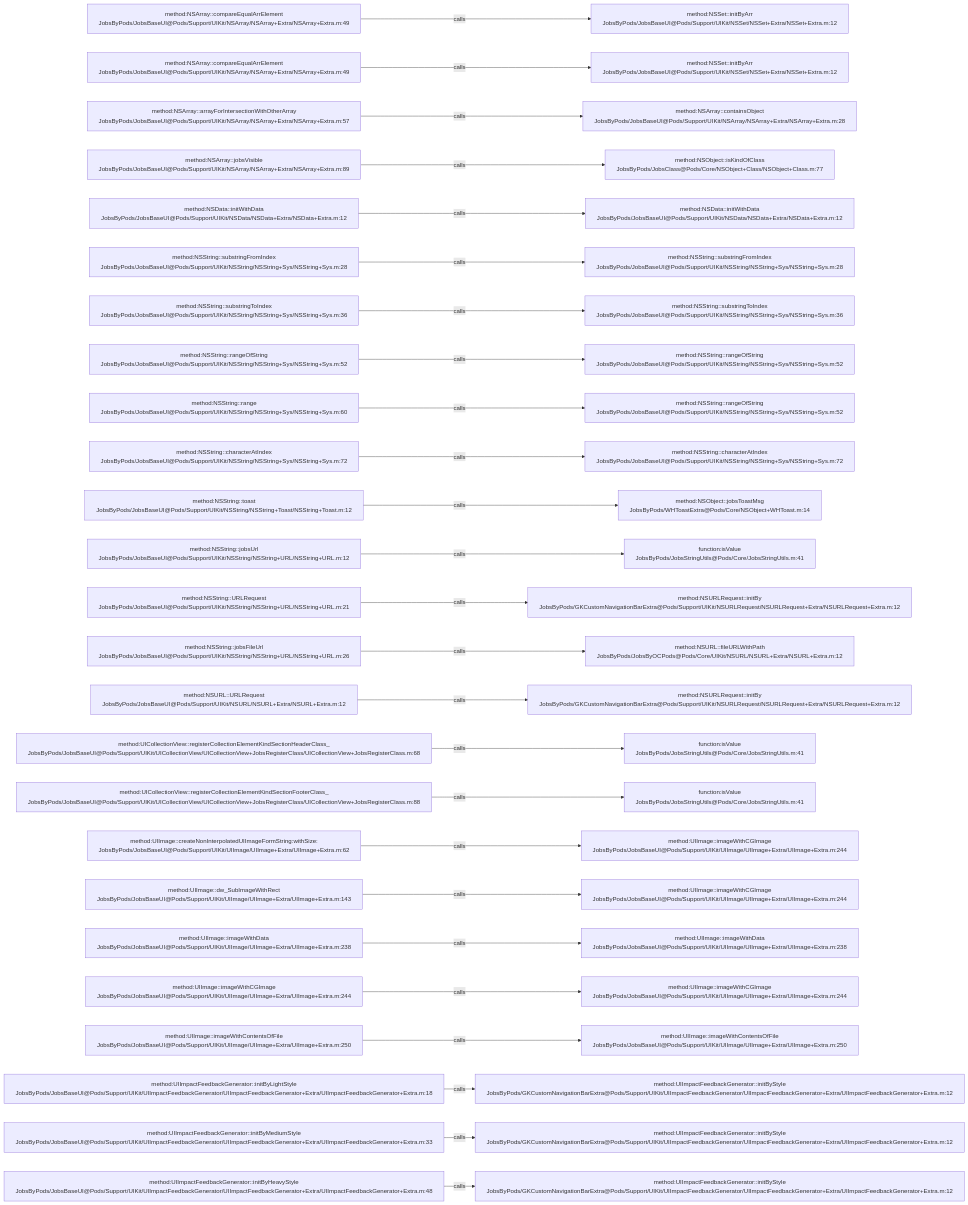
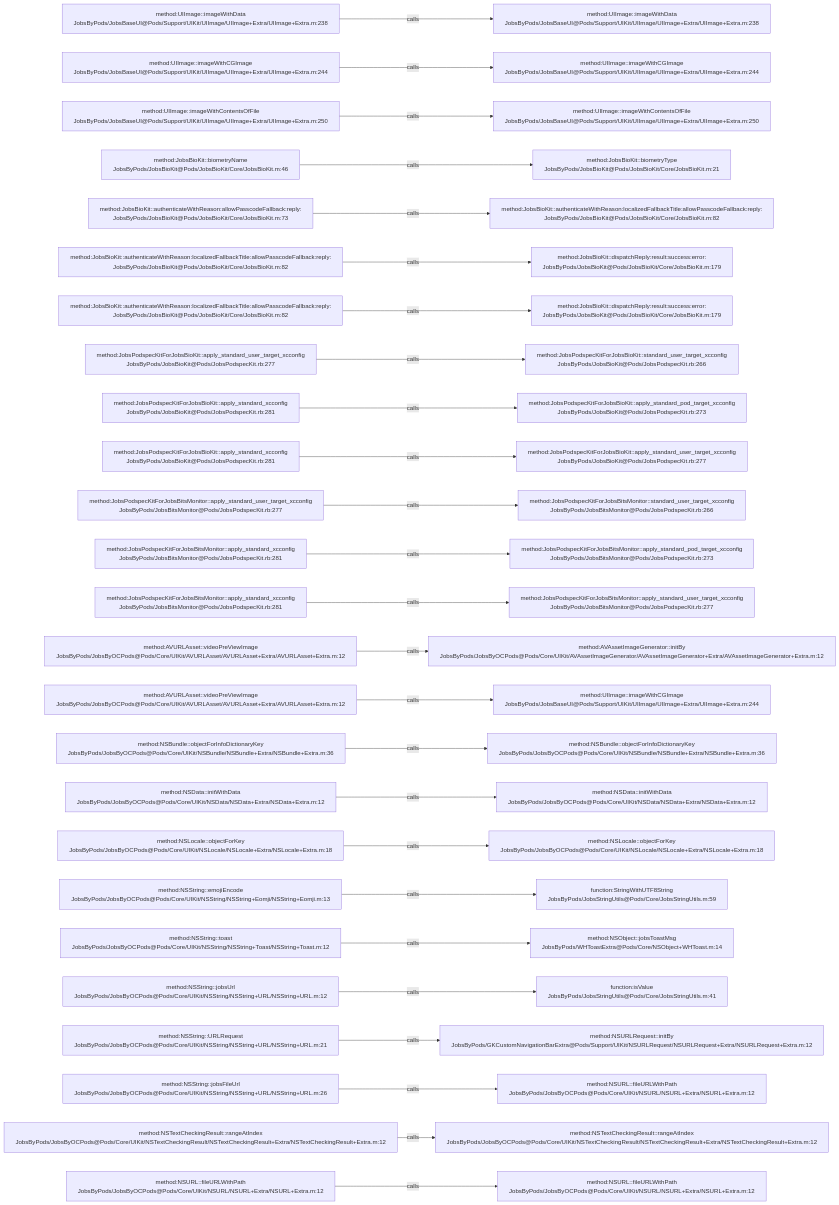
One commit to JobsKits/JobsOCBaseConfigDemo changed the diagram in .codegraph/codegraph.md/graphs/calls-004.md. Above: the diagram before and after it, drawn with Mermaid. The commit also changed 1223 other files, not shown here.

````diff
--- a/.codegraph/codegraph.md/graphs/calls-004.md
+++ b/.codegraph/codegraph.md/graphs/calls-004.md
@@ -13,78 +13,78 @@
 ```mermaid
 flowchart LR
-  S1["method:NSArray::compareEqualArrElement<br/>JobsByPods/JobsBaseUI@Pods/Support/UIKit/NSArray/NSArray+Extra/NSArray+Extra.m:49"]
-  T1["method:NSSet::initByArr<br/>JobsByPods/JobsBaseUI@Pods/Support/UIKit/NSSet/NSSet+Extra/NSSet+Extra.m:12"]
+  S1["method:UIImage::imageWithData<br/>JobsByPods/JobsBaseUI@Pods/Support/UIKit/UIImage/UIImage+Extra/UIImage+Extra.m:238"]
+  T1["method:UIImage::imageWithData<br/>JobsByPods/JobsBaseUI@Pods/Support/UIKit/UIImage/UIImage+Extra/UIImage+Extra.m:238"]
   S1 -->|calls| T1
-  S2["method:NSArray::compareEqualArrElement<br/>JobsByPods/JobsBaseUI@Pods/Support/UIKit/NSArray/NSArray+Extra/NSArray+Extra.m:49"]
-  T2["method:NSSet::initByArr<br/>JobsByPods/JobsBaseUI@Pods/Support/UIKit/NSSet/NSSet+Extra/NSSet+Extra.m:12"]
+  S2["method:UIImage::imageWithCGImage<br/>JobsByPods/JobsBaseUI@Pods/Support/UIKit/UIImage/UIImage+Extra/UIImage+Extra.m:244"]
+  T2["method:UIImage::imageWithCGImage<br/>JobsByPods/JobsBaseUI@Pods/Support/UIKit/UIImage/UIImage+Extra/UIImage+Extra.m:244"]
   S2 -->|calls| T2
-  S3["method:NSArray::arrayForIntersectionWithOtherArray<br/>JobsByPods/JobsBaseUI@Pods/Support/UIKit/NSArray/NSArray+Extra/NSArray+Extra.m:57"]
-  T3["method:NSArray::containsObject<br/>JobsByPods/JobsBaseUI@Pods/Support/UIKit/NSArray/NSArray+Extra/NSArray+Extra.m:28"]
+  S3["method:UIImage::imageWithContentsOfFile<br/>JobsByPods/JobsBaseUI@Pods/Support/UIKit/UIImage/UIImage+Extra/UIImage+Extra.m:250"]
+  T3["method:UIImage::imageWithContentsOfFile<br/>JobsByPods/JobsBaseUI@Pods/Support/UIKit/UIImage/UIImage+Extra/UIImage+Extra.m:250"]
   S3 -->|calls| T3
-  S4["method:NSArray::jobsVisible<br/>JobsByPods/JobsBaseUI@Pods/Support/UIKit/NSArray/NSArray+Extra/NSArray+Extra.m:89"]
-  T4["method:NSObject::isKindOfClass<br/>JobsByPods/JobsClass@Pods/Core/NSObject+Class/NSObject+Class.m:77"]
+  S4["method:JobsBioKit::biometryName<br/>JobsByPods/JobsBioKit@Pods/JobsBioKit/Core/JobsBioKit.m:46"]
+  T4["method:JobsBioKit::biometryType<br/>JobsByPods/JobsBioKit@Pods/JobsBioKit/Core/JobsBioKit.m:21"]
   S4 -->|calls| T4
-  S5["method:NSData::initWithData<br/>JobsByPods/JobsBaseUI@Pods/Support/UIKit/NSData/NSData+Extra/NSData+Extra.m:12"]
-  T5["method:NSData::initWithData<br/>JobsByPods/JobsBaseUI@Pods/Support/UIKit/NSData/NSData+Extra/NSData+Extra.m:12"]
+  S5["method:JobsBioKit::authenticateWithReason:allowPasscodeFallback:reply:<br/>JobsByPods/JobsBioKit@Pods/JobsBioKit/Core/JobsBioKit.m:73"]
+  T5["method:JobsBioKit::authenticateWithReason:localizedFallbackTitle:allowPasscodeFallback:reply:<br/>JobsByPods/JobsBioKit@Pods/JobsBioKit/Core/JobsBioKit.m:82"]
   S5 -->|calls| T5
-  S6["method:NSString::substringFromIndex<br/>JobsByPods/JobsBaseUI@Pods/Support/UIKit/NSString/NSString+Sys/NSString+Sys.m:28"]
-  T6["method:NSString::substringFromIndex<br/>JobsByPods/JobsBaseUI@Pods/Support/UIKit/NSString/NSString+Sys/NSString+Sys.m:28"]
+  S6["method:JobsBioKit::authenticateWithReason:localizedFallbackTitle:allowPasscodeFallback:reply:<br/>JobsByPods/JobsBioKit@Pods/JobsBioKit/Core/JobsBioKit.m:82"]
+  T6["method:JobsBioKit::dispatchReply:result:success:error:<br/>JobsByPods/JobsBioKit@Pods/JobsBioKit/Core/JobsBioKit.m:179"]
   S6 -->|calls| T6
-  S7["method:NSString::substringToIndex<br/>JobsByPods/JobsBaseUI@Pods/Support/UIKit/NSString/NSString+Sys/NSString+Sys.m:36"]
-  T7["method:NSString::substringToIndex<br/>JobsByPods/JobsBaseUI@Pods/Support/UIKit/NSString/NSString+Sys/NSString+Sys.m:36"]
+  S7["method:JobsBioKit::authenticateWithReason:localizedFallbackTitle:allowPasscodeFallback:reply:<br/>JobsByPods/JobsBioKit@Pods/JobsBioKit/Core/JobsBioKit.m:82"]
+  T7["method:JobsBioKit::dispatchReply:result:success:error:<br/>JobsByPods/JobsBioKit@Pods/JobsBioKit/Core/JobsBioKit.m:179"]
   S7 -->|calls| T7
-  S8["method:NSString::rangeOfString<br/>JobsByPods/JobsBaseUI@Pods/Support/UIKit/NSString/NSString+Sys/NSString+Sys.m:52"]
-  T8["method:NSString::rangeOfString<br/>JobsByPods/JobsBaseUI@Pods/Support/UIKit/NSString/NSString+Sys/NSString+Sys.m:52"]
+  S8["method:JobsPodspecKitForJobsBioKit::apply_standard_user_target_xcconfig<br/>JobsByPods/JobsBioKit@Pods/JobsPodspecKit.rb:277"]
+  T8["method:JobsPodspecKitForJobsBioKit::standard_user_target_xcconfig<br/>JobsByPods/JobsBioKit@Pods/JobsPodspecKit.rb:266"]
   S8 -->|calls| T8
-  S9["method:NSString::range<br/>JobsByPods/JobsBaseUI@Pods/Support/UIKit/NSString/NSString+Sys/NSString+Sys.m:60"]
-  T9["method:NSString::rangeOfString<br/>JobsByPods/JobsBaseUI@Pods/Support/UIKit/NSString/NSString+Sys/NSString+Sys.m:52"]
+  S9["method:JobsPodspecKitForJobsBioKit::apply_standard_xcconfig<br/>JobsByPods/JobsBioKit@Pods/JobsPodspecKit.rb:281"]
+  T9["method:JobsPodspecKitForJobsBioKit::apply_standard_pod_target_xcconfig<br/>JobsByPods/JobsBioKit@Pods/JobsPodspecKit.rb:273"]
   S9 -->|calls| T9
-  S10["method:NSString::characterAtIndex<br/>JobsByPods/JobsBaseUI@Pods/Support/UIKit/NSString/NSString+Sys/NSString+Sys.m:72"]
-  T10["method:NSString::characterAtIndex<br/>JobsByPods/JobsBaseUI@Pods/Support/UIKit/NSString/NSString+Sys/NSString+Sys.m:72"]
+  S10["method:JobsPodspecKitForJobsBioKit::apply_standard_xcconfig<br/>JobsByPods/JobsBioKit@Pods/JobsPodspecKit.rb:281"]
+  T10["method:JobsPodspecKitForJobsBioKit::apply_standard_user_target_xcconfig<br/>JobsByPods/JobsBioKit@Pods/JobsPodspecKit.rb:277"]
   S10 -->|calls| T10
-  S11["method:NSString::toast<br/>JobsByPods/JobsBaseUI@Pods/Support/UIKit/NSString/NSString+Toast/NSString+Toast.m:12"]
-  T11["method:NSObject::jobsToastMsg<br/>JobsByPods/WHToastExtra@Pods/Core/NSObject+WHToast.m:14"]
+  S11["method:JobsPodspecKitForJobsBitsMonitor::apply_standard_user_target_xcconfig<br/>JobsByPods/JobsBitsMonitor@Pods/JobsPodspecKit.rb:277"]
+  T11["method:JobsPodspecKitForJobsBitsMonitor::standard_user_target_xcconfig<br/>JobsByPods/JobsBitsMonitor@Pods/JobsPodspecKit.rb:266"]
   S11 -->|calls| T11
-  S12["method:NSString::jobsUrl<br/>JobsByPods/JobsBaseUI@Pods/Support/UIKit/NSString/NSString+URL/NSString+URL.m:12"]
-  T12["function:isValue<br/>JobsByPods/JobsStringUtils@Pods/Core/JobsStringUtils.m:41"]
+  S12["method:JobsPodspecKitForJobsBitsMonitor::apply_standard_xcconfig<br/>JobsByPods/JobsBitsMonitor@Pods/JobsPodspecKit.rb:281"]
+  T12["method:JobsPodspecKitForJobsBitsMonitor::apply_standard_pod_target_xcconfig<br/>JobsByPods/JobsBitsMonitor@Pods/JobsPodspecKit.rb:273"]
   S12 -->|calls| T12
-  S13["method:NSString::URLRequest<br/>JobsByPods/JobsBaseUI@Pods/Support/UIKit/NSString/NSString+URL/NSString+URL.m:21"]
-  T13["method:NSURLRequest::initBy<br/>JobsByPods/GKCustomNavigationBarExtra@Pods/Support/UIKit/NSURLRequest/NSURLRequest+Extra/NSURLRequest+Extra.m:12"]
+  S13["method:JobsPodspecKitForJobsBitsMonitor::apply_standard_xcconfig<br/>JobsByPods/JobsBitsMonitor@Pods/JobsPodspecKit.rb:281"]
+  T13["method:JobsPodspecKitForJobsBitsMonitor::apply_standard_user_target_xcconfig<br/>JobsByPods/JobsBitsMonitor@Pods/JobsPodspecKit.rb:277"]
   S13 -->|calls| T13
-  S14["method:NSString::jobsFileUrl<br/>JobsByPods/JobsBaseUI@Pods/Support/UIKit/NSString/NSString+URL/NSString+URL.m:26"]
-  T14["method:NSURL::fileURLWithPath<br/>JobsByPods/JobsByOCPods@Pods/Core/UIKit/NSURL/NSURL+Extra/NSURL+Extra.m:12"]
+  S14["method:AVURLAsset::videoPreViewImage<br/>JobsByPods/JobsByOCPods@Pods/Core/UIKit/AVURLAsset/AVURLAsset+Extra/AVURLAsset+Extra.m:12"]
+  T14["method:AVAssetImageGenerator::initBy<br/>JobsByPods/JobsByOCPods@Pods/Core/UIKit/AVAssetImageGenerator/AVAssetImageGenerator+Extra/AVAssetImageGenerator+Extra.m:12"]
   S14 -->|calls| T14
-  S15["method:NSURL::URLRequest<br/>JobsByPods/JobsBaseUI@Pods/Support/UIKit/NSURL/NSURL+Extra/NSURL+Extra.m:12"]
-  T15["method:NSURLRequest::initBy<br/>JobsByPods/GKCustomNavigationBarExtra@Pods/Support/UIKit/NSURLRequest/NSURLRequest+Extra/NSURLRequest+Extra.m:12"]
+  S15["method:AVURLAsset::videoPreViewImage<br/>JobsByPods/JobsByOCPods@Pods/Core/UIKit/AVURLAsset/AVURLAsset+Extra/AVURLAsset+Extra.m:12"]
+  T15["method:UIImage::imageWithCGImage<br/>JobsByPods/JobsBaseUI@Pods/Support/UIKit/UIImage/UIImage+Extra/UIImage+Extra.m:244"]
   S15 -->|calls| T15
-  S16["method:UICollectionView::registerCollectionElementKindSectionHeaderClass_<br/>JobsByPods/JobsBaseUI@Pods/Support/UIKit/UICollectionView/UICollectionView+JobsRegisterClass/UICollectionView+JobsRegisterClass.m:68"]
-  T16["function:isValue<br/>JobsByPods/JobsStringUtils@Pods/Core/JobsStringUtils.m:41"]
+  S16["method:NSBundle::objectForInfoDictionaryKey<br/>JobsByPods/JobsByOCPods@Pods/Core/UIKit/NSBundle/NSBundle+Extra/NSBundle+Extra.m:36"]
+  T16["method:NSBundle::objectForInfoDictionaryKey<br/>JobsByPods/JobsByOCPods@Pods/Core/UIKit/NSBundle/NSBundle+Extra/NSBundle+Extra.m:36"]
   S16 -->|calls| T16
-  S17["method:UICollectionView::registerCollectionElementKindSectionFooterClass_<br/>JobsByPods/JobsBaseUI@Pods/Support/UIKit/UICollectionView/UICollectionView+JobsRegisterClass/UICollectionView+JobsRegisterClass.m:88"]
-  T17["function:isValue<br/>JobsByPods/JobsStringUtils@Pods/Core/JobsStringUtils.m:41"]
+  S17["method:NSData::initWithData<br/>JobsByPods/JobsByOCPods@Pods/Core/UIKit/NSData/NSData+Extra/NSData+Extra.m:12"]
+  T17["method:NSData::initWithData<br/>JobsByPods/JobsByOCPods@Pods/Core/UIKit/NSData/NSData+Extra/NSData+Extra.m:12"]
   S17 -->|calls| T17
-  S18["method:UIImage::createNonInterpolatedUIImageFormString:withSize:<br/>JobsByPods/JobsBaseUI@Pods/Support/UIKit/UIImage/UIImage+Extra/UIImage+Extra.m:62"]
-  T18["method:UIImage::imageWithCGImage<br/>JobsByPods/JobsBaseUI@Pods/Support/UIKit/UIImage/UIImage+Extra/UIImage+Extra.m:244"]
+  S18["method:NSLocale::objectForKey<br/>JobsByPods/JobsByOCPods@Pods/Core/UIKit/NSLocale/NSLocale+Extra/NSLocale+Extra.m:18"]
+  T18["method:NSLocale::objectForKey<br/>JobsByPods/JobsByOCPods@Pods/Core/UIKit/NSLocale/NSLocale+Extra/NSLocale+Extra.m:18"]
   S18 -->|calls| T18
-  S19["method:UIImage::dw_SubImageWithRect<br/>JobsByPods/JobsBaseUI@Pods/Support/UIKit/UIImage/UIImage+Extra/UIImage+Extra.m:143"]
-  T19["method:UIImage::imageWithCGImage<br/>JobsByPods/JobsBaseUI@Pods/Support/UIKit/UIImage/UIImage+Extra/UIImage+Extra.m:244"]
+  S19["method:NSString::emojiEncode<br/>JobsByPods/JobsByOCPods@Pods/Core/UIKit/NSString/NSString+Eomji/NSString+Eomji.m:13"]
+  T19["function:StringWithUTF8String<br/>JobsByPods/JobsStringUtils@Pods/Core/JobsStringUtils.m:59"]
   S19 -->|calls| T19
-  S20["method:UIImage::imageWithData<br/>JobsByPods/JobsBaseUI@Pods/Support/UIKit/UIImage/UIImage+Extra/UIImage+Extra.m:238"]
-  T20["method:UIImage::imageWithData<br/>JobsByPods/JobsBaseUI@Pods/Support/UIKit/UIImage/UIImage+Extra/UIImage+Extra.m:238"]
+  S20["method:NSString::toast<br/>JobsByPods/JobsByOCPods@Pods/Core/UIKit/NSString/NSString+Toast/NSString+Toast.m:12"]
+  T20["method:NSObject::jobsToastMsg<br/>JobsByPods/WHToastExtra@Pods/Core/NSObject+WHToast.m:14"]
   S20 -->|calls| T20
-  S21["method:UIImage::imageWithCGImage<br/>JobsByPods/JobsBaseUI@Pods/Support/UIKit/UIImage/UIImage+Extra/UIImage+Extra.m:244"]
-  T21["method:UIImage::imageWithCGImage<br/>JobsByPods/JobsBaseUI@Pods/Support/UIKit/UIImage/UIImage+Extra/UIImage+Extra.m:244"]
+  S21["method:NSString::jobsUrl<br/>JobsByPods/JobsByOCPods@Pods/Core/UIKit/NSString/NSString+URL/NSString+URL.m:12"]
+  T21["function:isValue<br/>JobsByPods/JobsStringUtils@Pods/Core/JobsStringUtils.m:41"]
   S21 -->|calls| T21
-  S22["method:UIImage::imageWithContentsOfFile<br/>JobsByPods/JobsBaseUI@Pods/Support/UIKit/UIImage/UIImage+Extra/UIImage+Extra.m:250"]
-  T22["method:UIImage::imageWithContentsOfFile<br/>JobsByPods/JobsBaseUI@Pods/Support/UIKit/UIImage/UIImage+Extra/UIImage+Extra.m:250"]
+  S22["method:NSString::URLRequest<br/>JobsByPods/JobsByOCPods@Pods/Core/UIKit/NSString/NSString+URL/NSString+URL.m:21"]
+  T22["method:NSURLRequest::initBy<br/>JobsByPods/GKCustomNavigationBarExtra@Pods/Support/UIKit/NSURLRequest/NSURLRequest+Extra/NSURLRequest+Extra.m:12"]
   S22 -->|calls| T22
-  S23["method:UIImpactFeedbackGenerator::initByLightStyle<br/>JobsByPods/JobsBaseUI@Pods/Support/UIKit/UIImpactFeedbackGenerator/UIImpactFeedbackGenerator+Extra/UIImpactFeedbackGenerator+Extra.m:18"]
-  T23["method:UIImpactFeedbackGenerator::initByStyle<br/>JobsByPods/GKCustomNavigationBarExtra@Pods/Support/UIKit/UIImpactFeedbackGenerator/UIImpactFeedbackGenerator+Extra/UIImpactFeedbackGenerator+Extra.m:12"]
+  S23["method:NSString::jobsFileUrl<br/>JobsByPods/JobsByOCPods@Pods/Core/UIKit/NSString/NSString+URL/NSString+URL.m:26"]
+  T23["method:NSURL::fileURLWithPath<br/>JobsByPods/JobsByOCPods@Pods/Core/UIKit/NSURL/NSURL+Extra/NSURL+Extra.m:12"]
   S23 -->|calls| T23
-  S24["method:UIImpactFeedbackGenerator::initByMediumStyle<br/>JobsByPods/JobsBaseUI@Pods/Support/UIKit/UIImpactFeedbackGenerator/UIImpactFeedbackGenerator+Extra/UIImpactFeedbackGenerator+Extra.m:33"]
-  T24["method:UIImpactFeedbackGenerator::initByStyle<br/>JobsByPods/GKCustomNavigationBarExtra@Pods/Support/UIKit/UIImpactFeedbackGenerator/UIImpactFeedbackGenerator+Extra/UIImpactFeedbackGenerator+Extra.m:12"]
+  S24["method:NSTextCheckingResult::rangeAtIndex<br/>JobsByPods/JobsByOCPods@Pods/Core/UIKit/NSTextCheckingResult/NSTextCheckingResult+Extra/NSTextCheckingResult+Extra.m:12"]
+  T24["method:NSTextCheckingResult::rangeAtIndex<br/>JobsByPods/JobsByOCPods@Pods/Core/UIKit/NSTextCheckingResult/NSTextCheckingResult+Extra/NSTextCheckingResult+Extra.m:12"]
   S24 -->|calls| T24
-  S25["method:UIImpactFeedbackGenerator::initByHeavyStyle<br/>JobsByPods/JobsBaseUI@Pods/Support/UIKit/UIImpactFeedbackGenerator/UIImpactFeedbackGenerator+Extra/UIImpactFeedbackGenerator+Extra.m:48"]
-  T25["method:UIImpactFeedbackGenerator::initByStyle<br/>JobsByPods/GKCustomNavigationBarExtra@Pods/Support/UIKit/UIImpactFeedbackGenerator/UIImpactFeedbackGenerator+Extra/UIImpactFeedbackGenerator+Extra.m:12"]
+  S25["method:NSURL::fileURLWithPath<br/>JobsByPods/JobsByOCPods@Pods/Core/UIKit/NSURL/NSURL+Extra/NSURL+Extra.m:12"]
+  T25["method:NSURL::fileURLWithPath<br/>JobsByPods/JobsByOCPods@Pods/Core/UIKit/NSURL/NSURL+Extra/NSURL+Extra.m:12"]
   S25 -->|calls| T25
 ```
````
